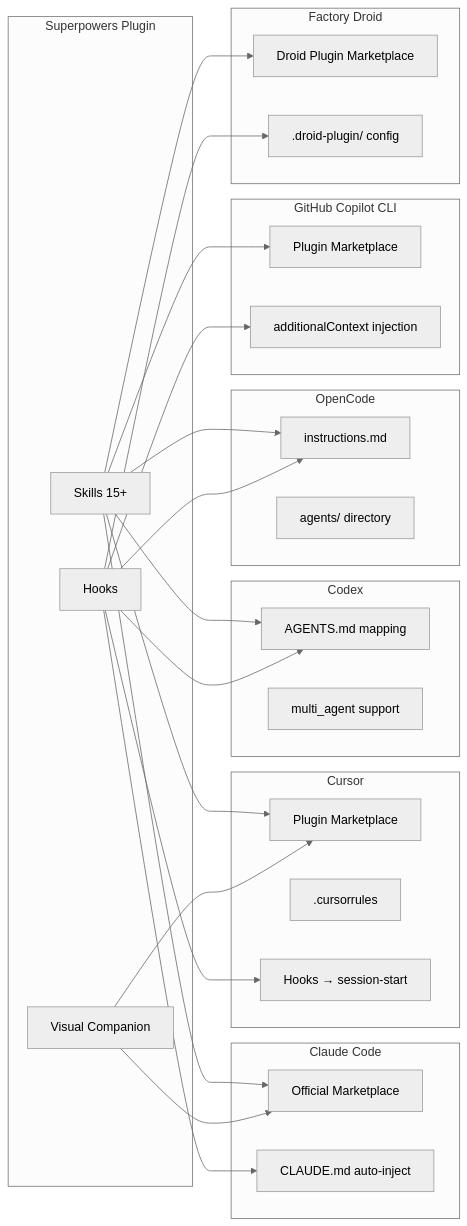
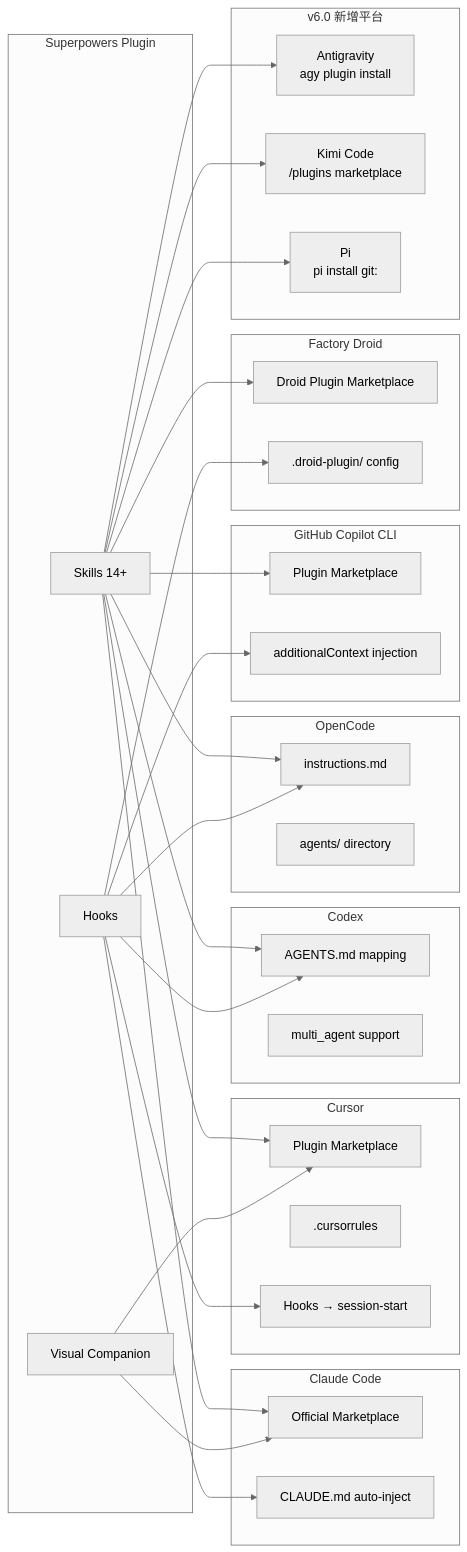
The fifth of 43 diagrams in content/posts/教學/AI開發/Superpowers教學手冊.md (chihhung/Blog), drawn with Mermaid (neutral theme) before and after one commit. The commit also changed other lines of this file and 22 other files, not shown here.

````diff
--- a/content/posts/教學/AI開發/Superpowers教學手冊.md
+++ b/content/posts/教學/AI開發/Superpowers教學手冊.md
@@ -460,43 +496,49 @@
 ```mermaid
 graph LR
     subgraph "Superpowers Plugin"
-        SKILLS[Skills 15+]
+        SKILLS[Skills 14+]
         HOOKS[Hooks]
         VIS[Visual Companion]
     end
     
     subgraph "Claude Code"
         CC_MKT[Official Marketplace]
         CC_CLAUDE[CLAUDE.md auto-inject]
     end
     
     subgraph "Cursor"
         CU_PLUG[Plugin Marketplace]
         CU_RULES[.cursorrules]
         CU_HOOK[Hooks → session-start]
     end
     
     subgraph "Codex"
         CDX_AGENTS[AGENTS.md mapping]
         CDX_MA[multi_agent support]
     end
     
     subgraph "OpenCode"
         OC_INST[instructions.md]
         OC_AGENT[agents/ directory]
     end
     
     subgraph "GitHub Copilot CLI"
         GCLI_MKT[Plugin Marketplace]
         GCLI_CTX[additionalContext injection]
     end
     
     subgraph "Factory Droid"
         FD_MKT[Droid Plugin Marketplace]
         FD_CFG[.droid-plugin/ config]
     end
+
+    subgraph "v6.0 新增平台"
+        AGY_PLG[Antigravity<br/>agy plugin install]
+        KIMI_PLG[Kimi Code<br/>/plugins marketplace]
+        PI_PLG[Pi<br/>pi install git:]
+    end
     
-    SKILLS --> CC_MKT & CU_PLUG & CDX_AGENTS & OC_INST & GCLI_MKT & FD_MKT
+    SKILLS --> CC_MKT & CU_PLUG & CDX_AGENTS & OC_INST & GCLI_MKT & FD_MKT & AGY_PLG & KIMI_PLG & PI_PLG
     HOOKS --> CC_CLAUDE & CU_HOOK & CDX_AGENTS & OC_INST & GCLI_CTX & FD_CFG
     VIS --> CC_MKT & CU_PLUG
 ```
````
